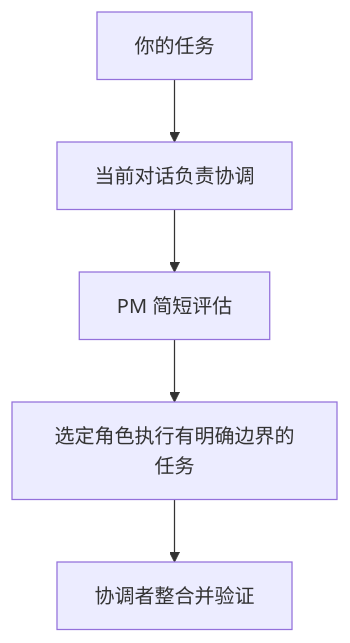
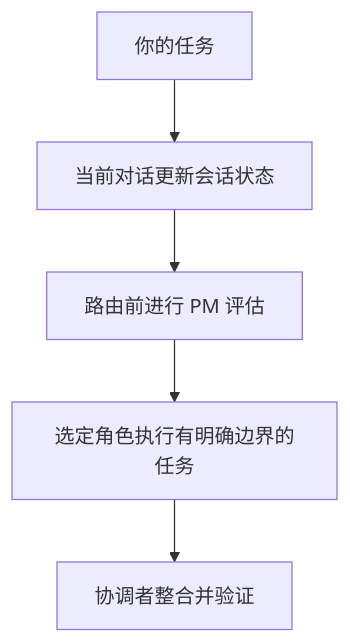
Before and after one commit to pnetcloud/plex-ai: the diagram in docs/translations/zh-CN/README.md, drawn with Mermaid. The commit also changed other lines of this file and 45 other files, not shown here.

````diff
--- a/docs/translations/zh-CN/README.md
+++ b/docs/translations/zh-CN/README.md
@@ -51,7 +51,7 @@
 ```mermaid
 flowchart TD
-    A[你的任务] --> B[当前对话负责协调]
-    B --> P[PM 简短评估]
+    A[你的任务] --> B[当前对话更新会话状态]
+    B --> P[路由前进行 PM 评估]
     P --> C[选定角色执行有明确边界的任务]
     C --> D[协调者整合并验证]
 ```
````
